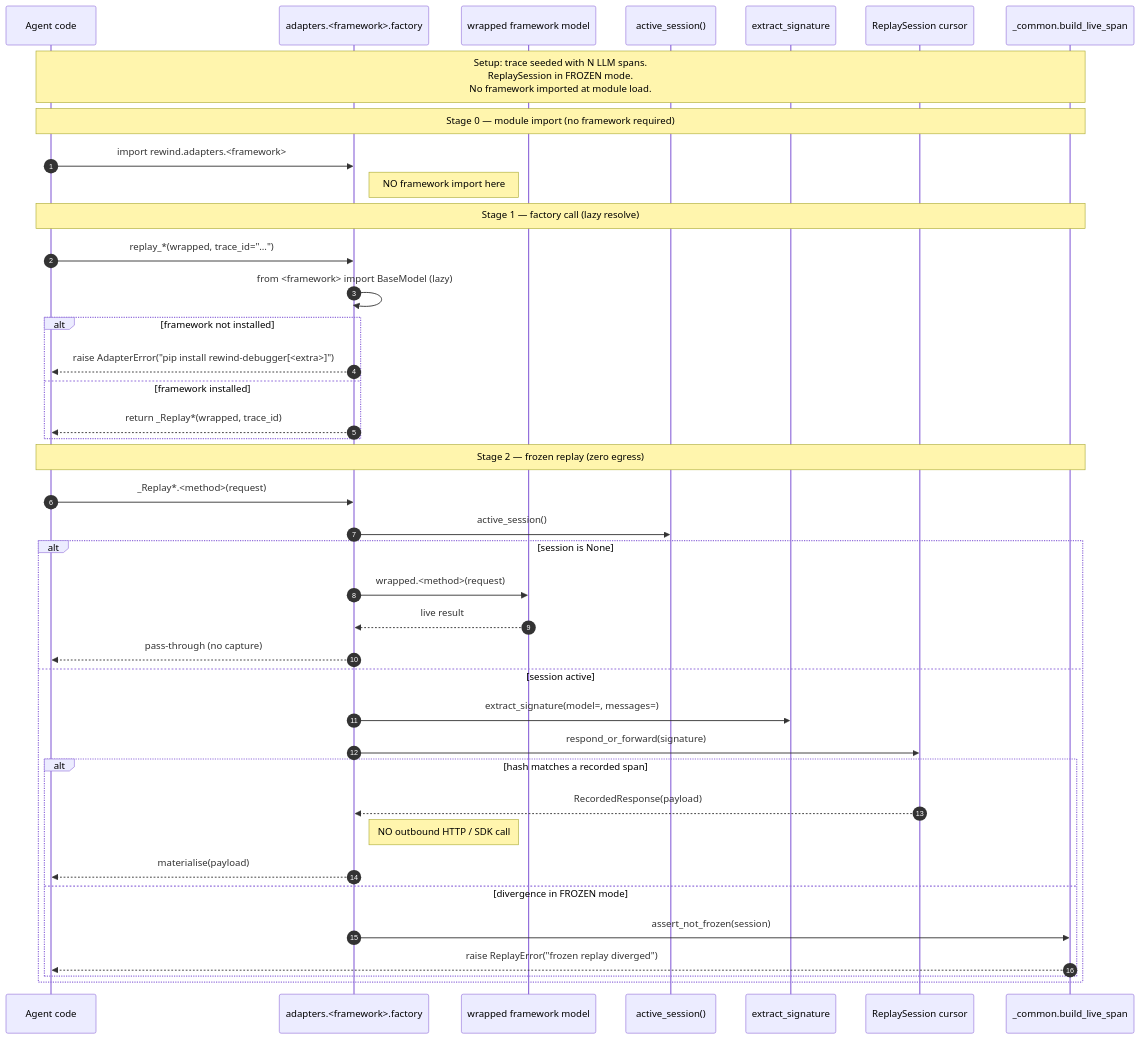
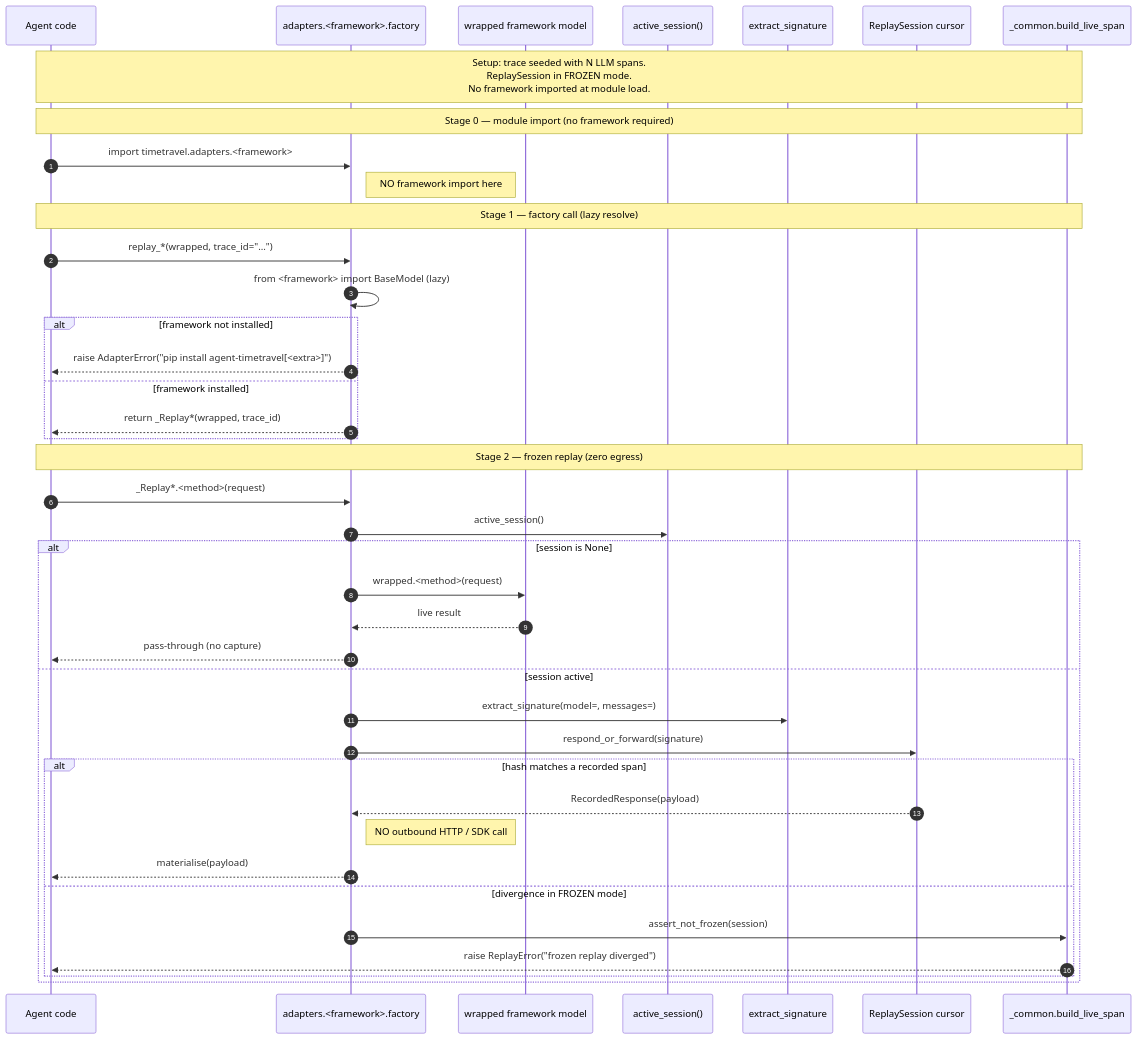
The second of 3 diagrams in docs/phases/phase-6.md (akshay-mp/Rewind), drawn with Mermaid before and after one commit. The commit also changed other lines of this file and 244 other files, not shown here.

First line of the commit message:
Rebrand to agent-timetravel

````diff
--- a/docs/phases/phase-6.md
+++ b/docs/phases/phase-6.md
@@ -200,46 +200,46 @@
 ```mermaid
 sequenceDiagram
     autonumber
     participant A as Agent code
     participant F as adapters.<framework>.factory
     participant W as wrapped framework model
     participant S as active_session()
     participant Sig as extract_signature
     participant Cursor as ReplaySession cursor
     participant C as _common.build_live_span
 
     Note over A,C: Setup: trace seeded with N LLM spans.<br/>ReplaySession in FROZEN mode.<br/>No framework imported at module load.
 
     Note over A,C: Stage 0 — module import (no framework required)
-    A->>F: import rewind.adapters.<framework>
+    A->>F: import timetravel.adapters.<framework>
     Note right of F: NO framework import here
 
     Note over A,C: Stage 1 — factory call (lazy resolve)
     A->>F: replay_*(wrapped, trace_id="…")
     F->>F: from <framework> import BaseModel  (lazy)
     alt framework not installed
-        F-->>A: raise AdapterError("pip install rewind-debugger[<extra>]")
+        F-->>A: raise AdapterError("pip install agent-timetravel[<extra>]")
     else framework installed
         F-->>A: return _Replay*(wrapped, trace_id)
     end
 
     Note over A,C: Stage 2 — frozen replay (zero egress)
     A->>F: _Replay*.<method>(request)
     F->>S: active_session()
     alt session is None
         F->>W: wrapped.<method>(request)
         W-->>F: live result
         F-->>A: pass-through (no capture)
     else session active
         F->>Sig: extract_signature(model=, messages=)
         F->>Cursor: respond_or_forward(signature)
         alt hash matches a recorded span
             Cursor-->>F: RecordedResponse(payload)
             Note right of F: NO outbound HTTP / SDK call
             F-->>A: materialise(payload)
         else divergence in FROZEN mode
             F->>C: assert_not_frozen(session)
             C-->>A: raise ReplayError("frozen replay diverged")
         end
     end
 ```
````
